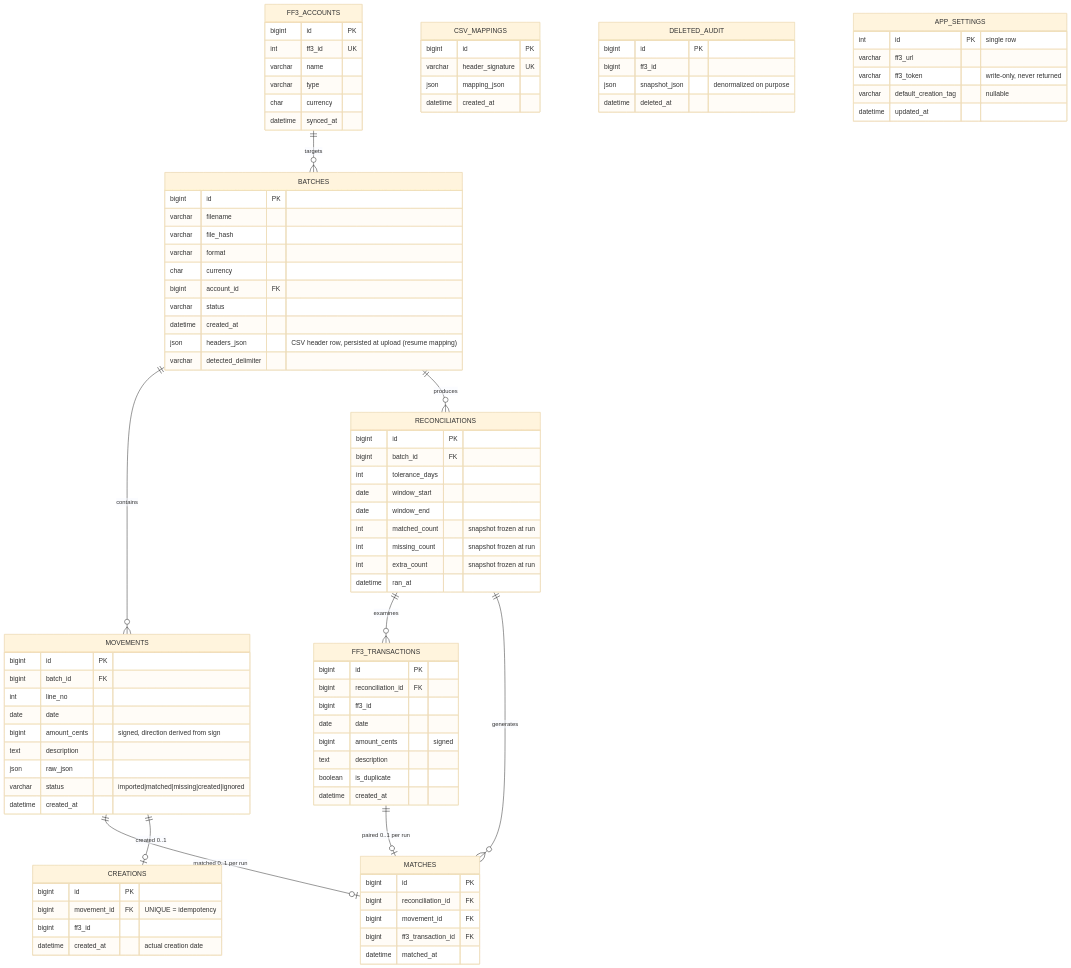
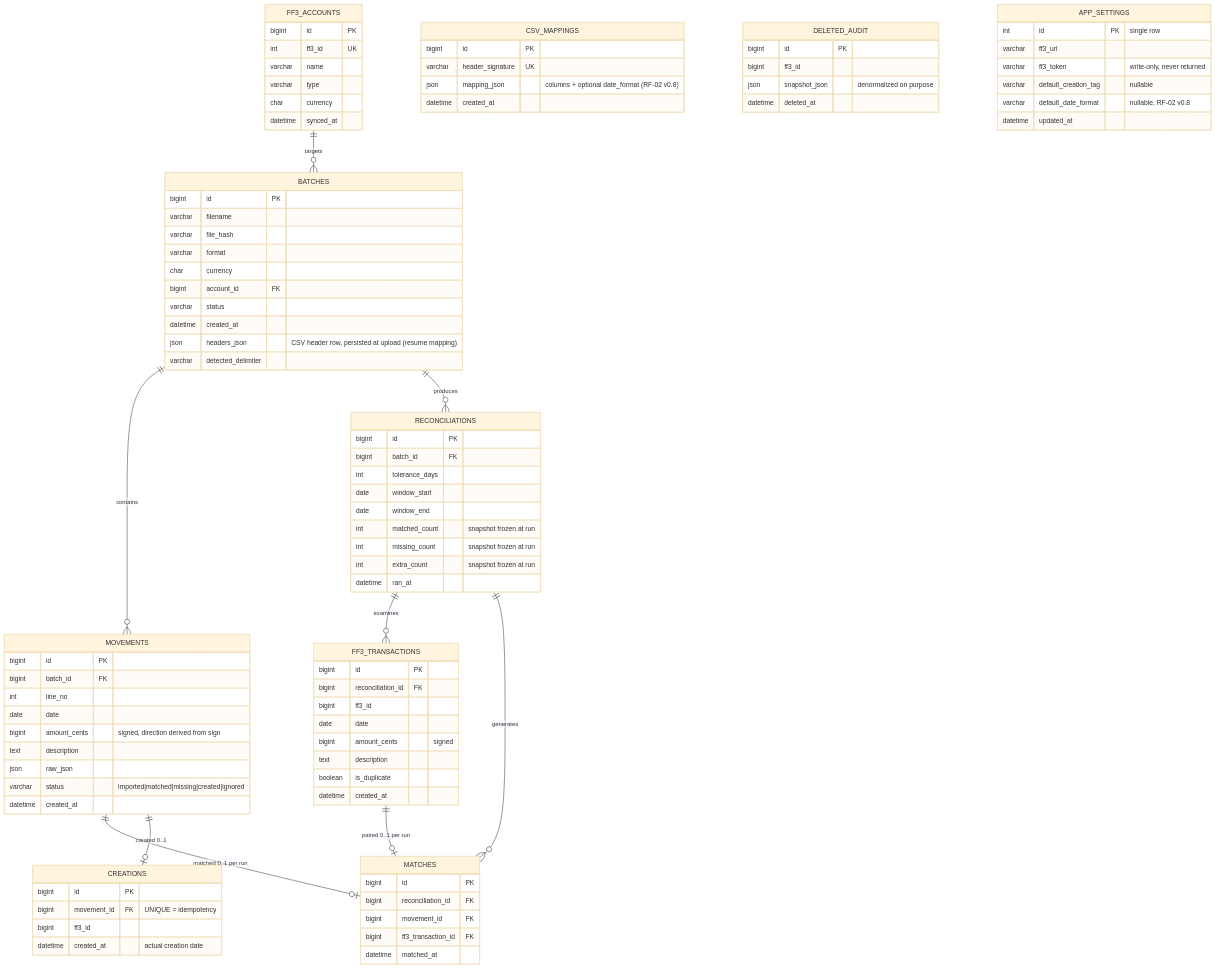
Before and after one commit to eldelahoz/firefly-manager-movement: the second of 2 diagrams in docs/specs/2026-08-14-trd-architecture-technique.md, drawn with Mermaid (base theme). The commit also changed other lines of this file and 3 other files, not shown here.

First line of the commit message:
docs: amend RF-02 to v0.8 - explicit CSV date format selector

````diff
--- a/docs/specs/2026-08-14-trd-architecture-technique.md
+++ b/docs/specs/2026-08-14-trd-architecture-technique.md
@@ -109,7 +109,7 @@
     CSV_MAPPINGS {
         bigint id PK
         varchar header_signature UK
-        json mapping_json
+        json mapping_json "columns + optional date_format (RF-02 v0.8)"
         datetime created_at
     }
     DELETED_AUDIT {
@@ -123,6 +123,7 @@
         varchar ff3_url
         varchar ff3_token "write-only, never returned"
         varchar default_creation_tag "nullable"
+        varchar default_date_format "nullable, RF-02 v0.8"
         datetime updated_at
     }
 ```
````
